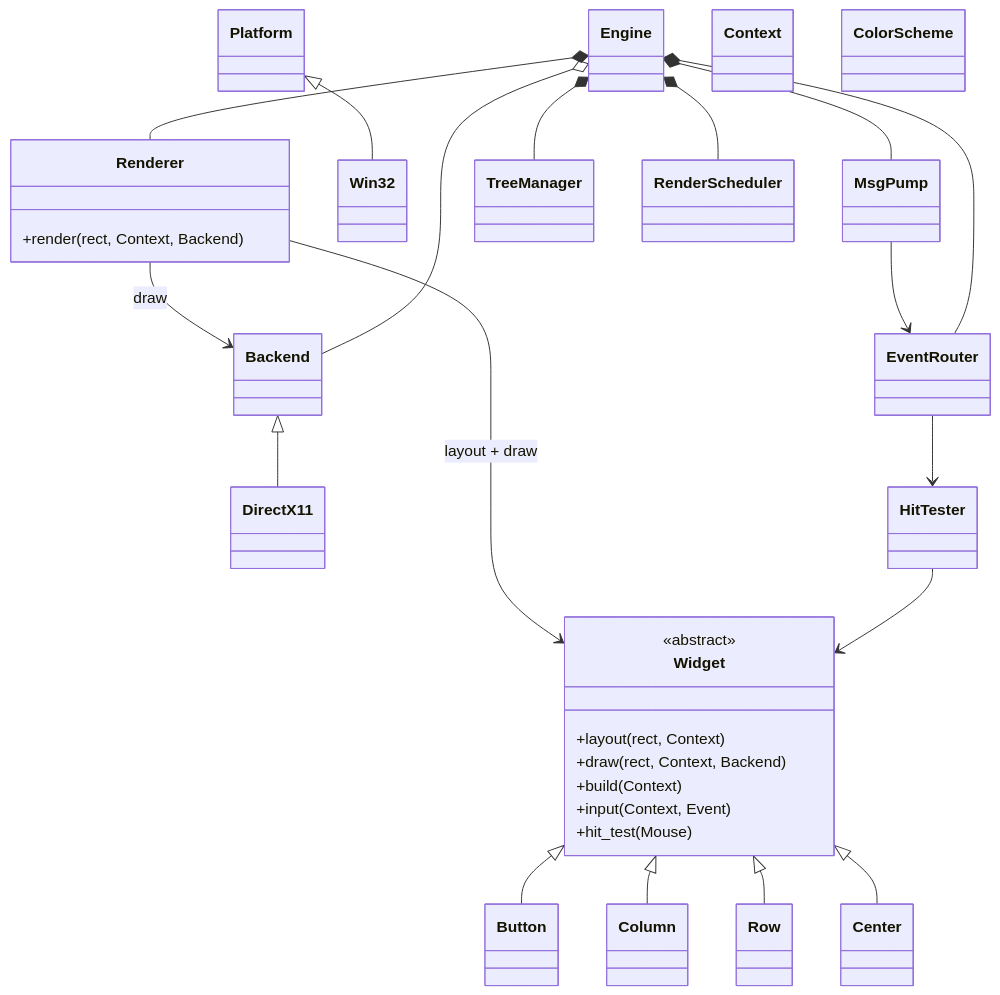
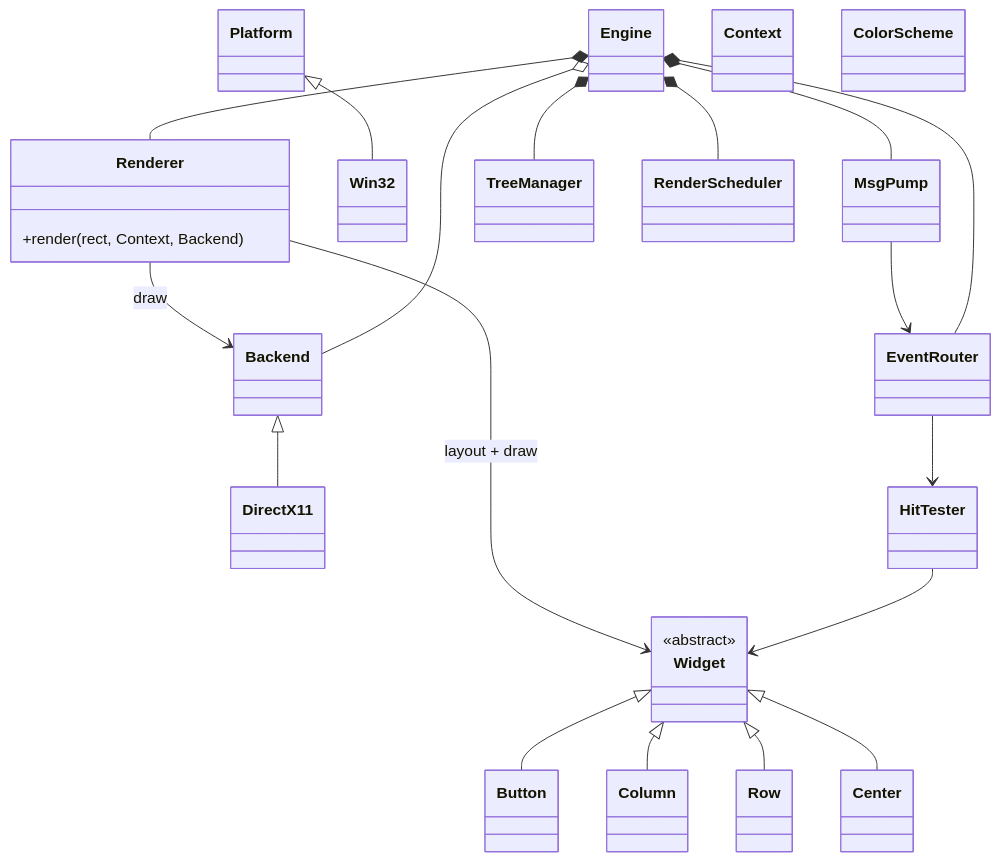
One commit to 1992724048/NekoUI changed the diagram in AGENTS.md. Above: the diagram before and after it, drawn with Mermaid. The commit also changed 1 other file, not shown here.

Commit message:
refactor: 简化 Mermaid 图为纯关系图，去掉类细节

````diff
--- a/AGENTS.md
+++ b/AGENTS.md
@@ -16,50 +16,43 @@
 ```mermaid
 classDiagram
     direction TB
 
-    class Widget {
-        <<abstract>>
-        +layout(rect, Context)
-        +draw(rect, Context, Backend)
-        +build(Context)
-        +input(Context, Event)
-        +hit_test(Mouse)
-    }
+    class Widget {<<abstract>>}
     class Button
     class Column
     class Row
     class Center
     class Engine
     class Renderer {
         +render(rect, Context, Backend)
     }
     class Backend
     class DirectX11
     class Platform
     class Win32
     class EventRouter
     class HitTester
     class MsgPump
     class TreeManager
     class RenderScheduler
     class Context
     class ColorScheme
 
     Widget <|-- Button
     Widget <|-- Column
     Widget <|-- Row
     Widget <|-- Center
     Renderer --> Widget : layout + draw
     Renderer --> Backend : draw
     Backend <|-- DirectX11
     Platform <|-- Win32
     MsgPump --> EventRouter
     EventRouter --> HitTester
     HitTester --> Widget
     Engine *-- Renderer
     Engine *-- TreeManager
     Engine *-- EventRouter
     Engine *-- MsgPump
     Engine *-- RenderScheduler
     Engine o-- Backend
 ```
````
